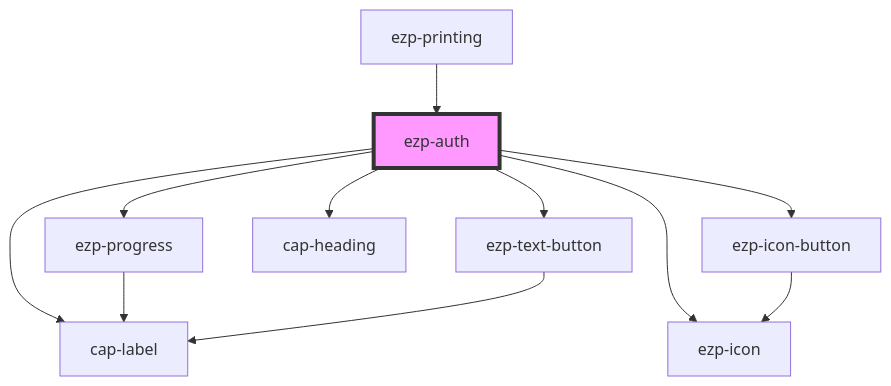
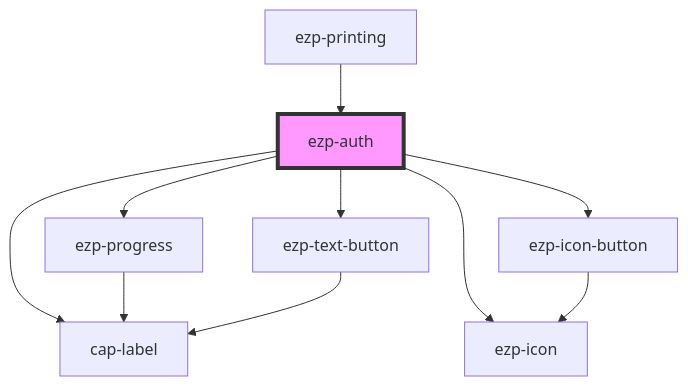
One commit to ezeep/ezeep-js changed the diagram in src/components/ezp-auth/readme.md. Above: the diagram before and after it, drawn with Mermaid. The commit also changed other lines of this file and 9 other files, not shown here.

````diff
--- a/src/components/ezp-auth/readme.md
+++ b/src/components/ezp-auth/readme.md
@@ -37,14 +36,13 @@
 ```mermaid
 graph TD;
   ezp-auth --> ezp-progress
   ezp-auth --> ezp-icon-button
   ezp-auth --> ezp-icon
-  ezp-auth --> cap-heading
   ezp-auth --> cap-label
   ezp-auth --> ezp-text-button
   ezp-progress --> cap-label
   ezp-icon-button --> ezp-icon
   ezp-text-button --> cap-label
   ezp-printing --> ezp-auth
   style ezp-auth fill:#f9f,stroke:#333,stroke-width:4px
 ```
````
